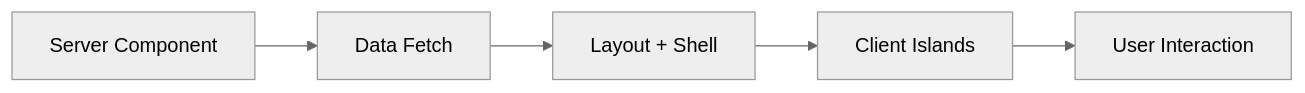
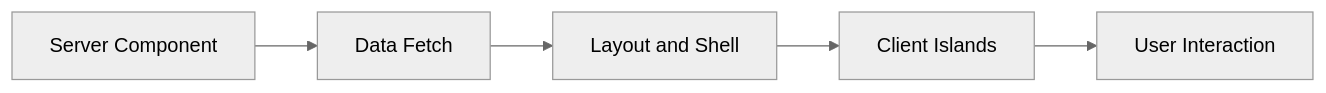
The second of 2 diagrams in src/frontend/README.md (shiftbloom-studio/open-hallucination-index), drawn with Mermaid (neutral theme) before and after one commit. The commit also changed other lines of this file, not shown here.

Commit message:
feat: Improve flowchart descriptions for better clarity in README

````diff
--- a/src/frontend/README.md
+++ b/src/frontend/README.md
@@ -53,7 +53,7 @@
 ```mermaid
 flowchart LR
-	A[Server Component] --> B[Data Fetch]
-	B --> C[Layout + Shell]
-	C --> D[Client Islands]
-	D --> E[User Interaction]
+  A[Server Component] --> B[Data Fetch]
+  B --> C["Layout and Shell"]
+  C --> D[Client Islands]
+  D --> E[User Interaction]
 ```
````
